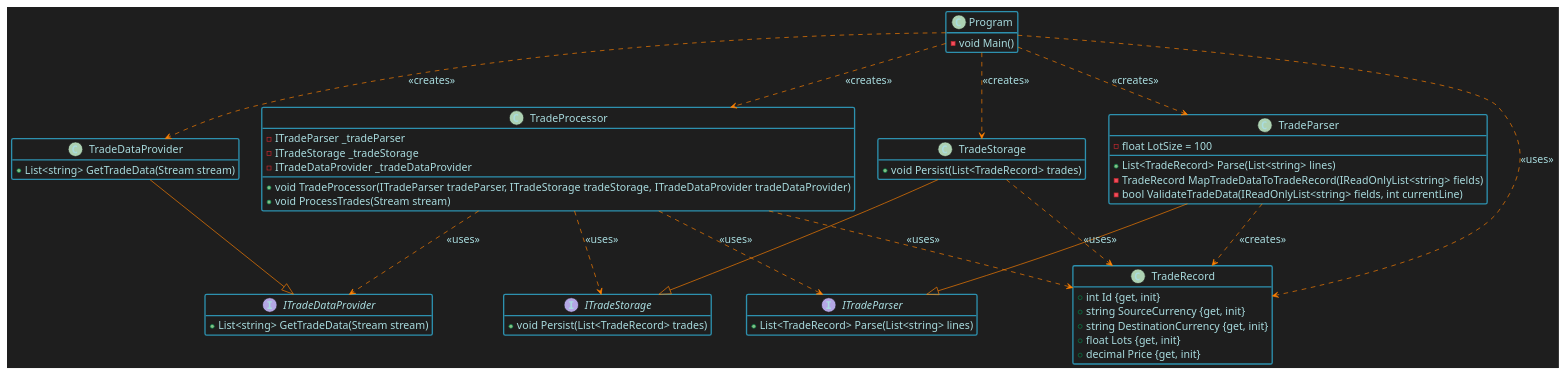
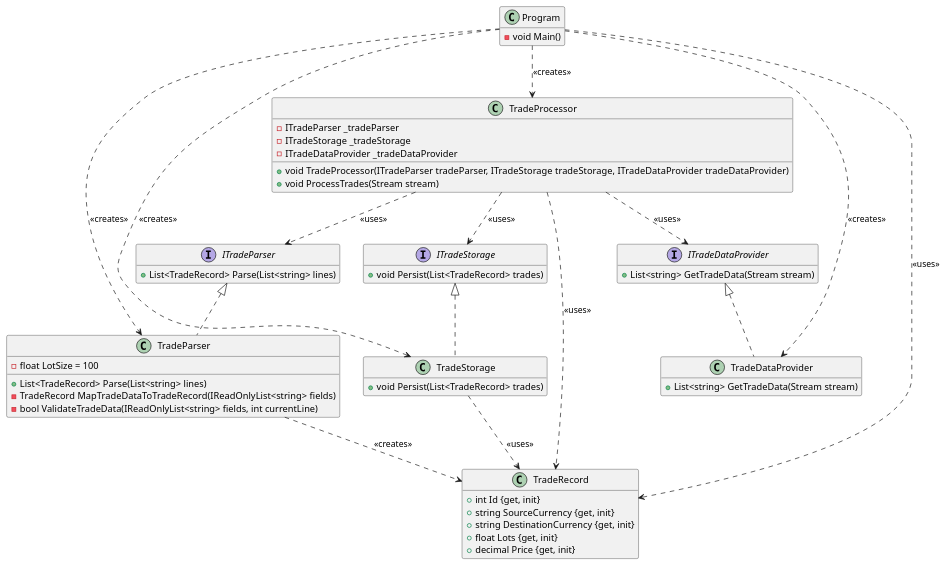
Before and after one commit to Shane-Wilson-class/solid-project-1: the diagram in solid-project-1/After.puml, drawn with PlantUML. The commit also changed 3 other files, not shown here.

```diff
--- a/solid-project-1/After.puml
+++ b/solid-project-1/After.puml
@@ -1,90 +1,67 @@
 @startuml
 
 hide empty members
-
-skinparam backgroundColor  #1E1E1E
-skinparam DefaultFontColor #A9DCDF
-skinparam DefaultFontSize 16
-skinparam DefaultFontName JetBrains Mono
-
-skinparam class {
-  BackgroundColor #1E1E1E
-  BorderColor #2D91AF
-  ArrowColor #FF8000
-  BorderThickness 2
-}
-
-skinparam package {
-  BackgroundColor #0
-  BorderColor #2D91AF
-}
-
-skinparam note {
-  BackgroundColor #565656
-  BorderColor #F78782
-  FontColor #A9DCDF
-}
 
 interface ITradeDataProvider {
     + List<string> GetTradeData(Stream stream)
 }
 
 interface  ITradeParser {
     + List<TradeRecord> Parse(List<string> lines)
 }
 
 interface ITradeStorage {
     + void Persist(List<TradeRecord> trades)
 }
 
 class TradeDataProvider {
     + List<string> GetTradeData(Stream stream)
 }
 
 class TradeParser {
     - float LotSize = 100
     + List<TradeRecord> Parse(List<string> lines)
     - TradeRecord MapTradeDataToTradeRecord(IReadOnlyList<string> fields)
     - bool ValidateTradeData(IReadOnlyList<string> fields, int currentLine)
 }
 
 class TradeStorage {
     + void Persist(List<TradeRecord> trades)
 }
 
 class TradeProcessor {
     - ITradeParser _tradeParser
     - ITradeStorage _tradeStorage
     - ITradeDataProvider _tradeDataProvider
     + void TradeProcessor(ITradeParser tradeParser, ITradeStorage tradeStorage, ITradeDataProvider tradeDataProvider)
     + void ProcessTrades(Stream stream)
 }
 
 class TradeRecord {
     + int Id {get, init}
     + string SourceCurrency {get, init}
     + string DestinationCurrency {get, init}
     + float Lots {get, init}
     + decimal Price {get, init}
 }
 
 class Program {
     - void Main()
 }
 
-TradeDataProvider --|> ITradeDataProvider
-TradeParser --|> ITradeParser
-TradeStorage --|> ITradeStorage
+TradeDataProvider ..up|> ITradeDataProvider
+TradeParser ..up|> ITradeParser
+TradeStorage ..up|> ITradeStorage
 TradeProcessor ..> ITradeDataProvider: <<uses>>
 TradeProcessor ..> ITradeParser: <<uses>>
 TradeProcessor ..> ITradeStorage: <<uses>>
 TradeProcessor ..> TradeRecord: <<uses>>
 TradeParser ..> TradeRecord: <<creates>>
 TradeStorage ..> TradeRecord: <<uses>>
 Program ..> TradeProcessor: <<creates>>
 Program ..> TradeDataProvider: <<creates>>
 Program ..> TradeParser: <<creates>>
 Program ..> TradeStorage: <<creates>>
 Program ..> TradeRecord: <<uses>>
 
 @enduml
```
